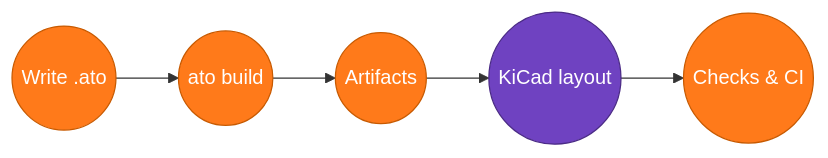
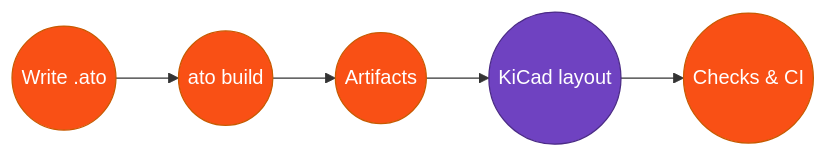
One commit to atopile/atopile changed the diagram in README.md. Above: the diagram before and after it, drawn with Mermaid. The commit also changed other lines of this file, not shown here.

````diff
--- a/README.md
+++ b/README.md
@@ -95,15 +95,15 @@
 ```mermaid
 graph LR
   A(("Write .ato")):::atopile
   B(("ato build")):::atopile
   C(("Artifacts")):::atopile
   D(("KiCad layout")):::kicad
   E(("Checks & CI")):::atopile
 
   A --> B --> C --> D --> E
 
   class A,B,C,E atopile;
   class D kicad;
-  classDef atopile fill:#FF7A1A,stroke:#C85A00,color:#ffffff;
+  classDef atopile fill:#F95015,stroke:#C85A00,color:#ffffff;
   classDef kicad fill:#6F42C1,stroke:#4B2B86,color:#ffffff;
 ```
````
